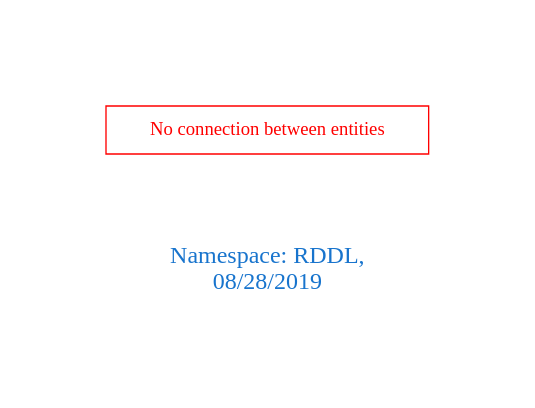
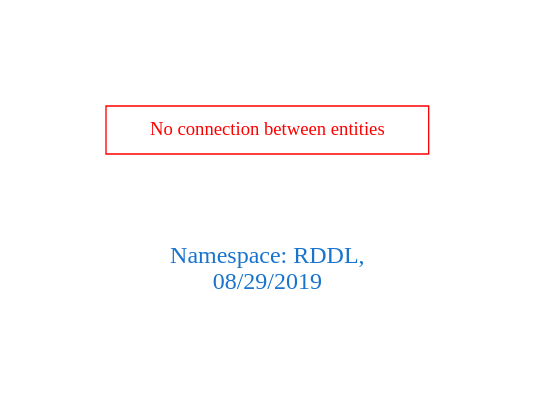
The diagram in downloads/RDDL.dot (arago/OGIT), drawn with Graphviz before and after one commit. The commit also changed 1500 other files, not shown here.

```diff
--- a/downloads/RDDL.dot
+++ b/downloads/RDDL.dot
@@ -1,9 +1,9 @@
 digraph OGIT_ontology {
  graph [ rankdir= LR,pad=1 
 fontsize = 18,
-fontcolor= dodgerblue3,label = "\n\n\nNamespace: RDDL, \n 08/28/2019"];
+fontcolor= dodgerblue3,label = "\n\n\nNamespace: RDDL, \n 08/29/2019"];
 node[shape=polygon];
 edge [  color="gray81"];
 
 "No connection between entities" [fontcolor = "red",color="red", shape="polygon"]
 }
```
